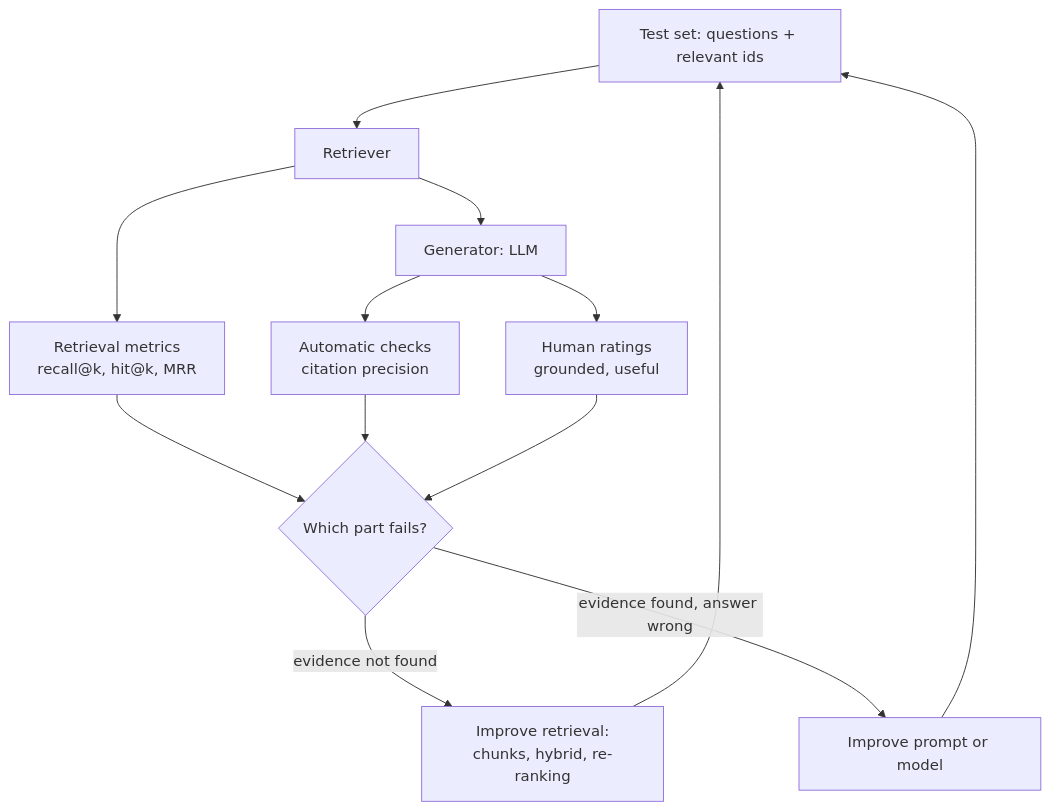
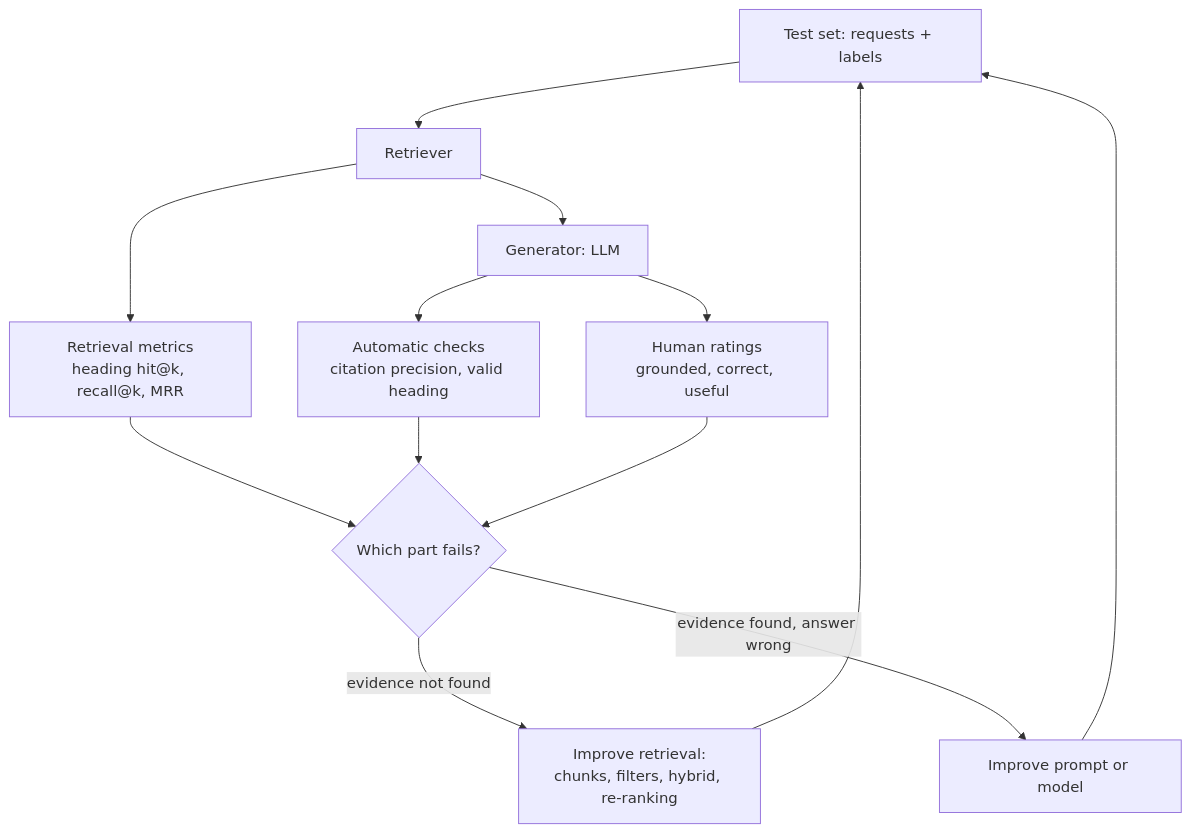
The first of 2 diagrams in sessions/15-rag-and-agents/theory/02-evaluating-and-improving-rag.md (khoadaniel/statistical-programming-mpmd-htw-ws-2026), drawn with Mermaid before and after one commit. The commit also changed other lines of this file and 268 other files, not shown here.

````diff
--- a/sessions/15-rag-and-agents/theory/02-evaluating-and-improving-rag.md
+++ b/sessions/15-rag-and-agents/theory/02-evaluating-and-improving-rag.md
@@ -7,15 +7,15 @@
 ```mermaid
 flowchart TD
-    T["Test set: questions + relevant ids"] --> R[Retriever]
-    R --> M1["Retrieval metrics<br/>recall@k, hit@k, MRR"]
+    T["Test set: requests + labels"] --> R[Retriever]
+    R --> M1["Retrieval metrics<br/>heading hit@k, recall@k, MRR"]
     R --> G[Generator: LLM]
-    G --> M2["Automatic checks<br/>citation precision"]
-    G --> H["Human ratings<br/>grounded, useful"]
+    G --> M2["Automatic checks<br/>citation precision, valid heading"]
+    G --> H["Human ratings<br/>grounded, correct, useful"]
     M1 --> D{"Which part fails?"}
     M2 --> D
     H --> D
-    D -->|"evidence not found"| I1["Improve retrieval:<br/>chunks, hybrid, re-ranking"]
+    D -->|"evidence not found"| I1["Improve retrieval:<br/>chunks, filters, hybrid, re-ranking"]
     D -->|"evidence found, answer wrong"| I2["Improve prompt or model"]
     I1 --> T
     I2 --> T
 ```
````
